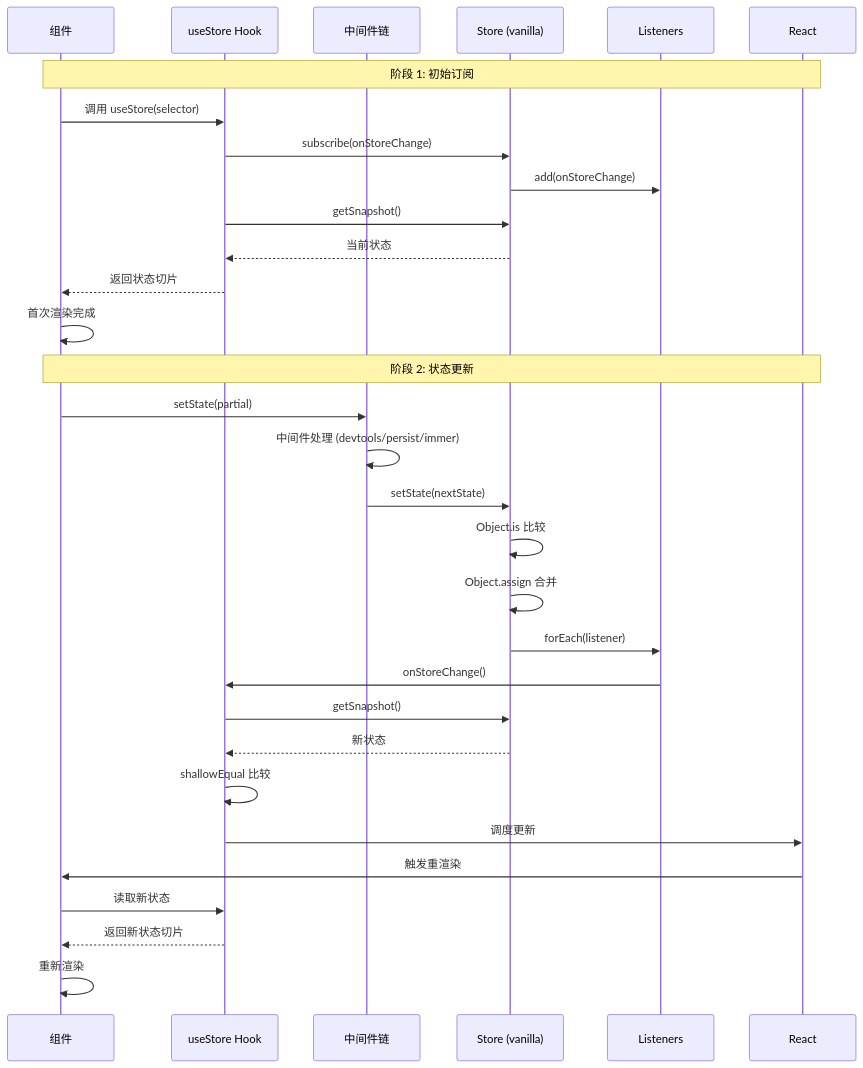
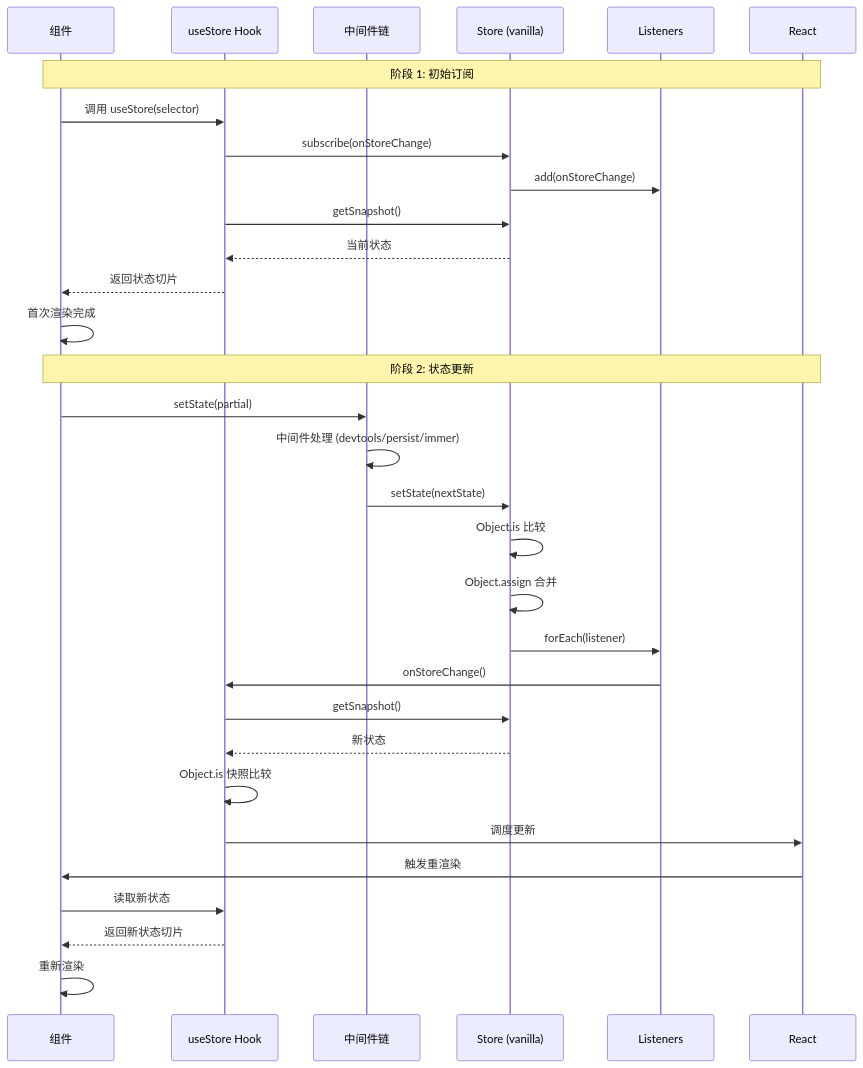
Before and after one commit to Cypher-hey/footprint: the second of 4 diagrams in docs/note/sourceLearn/zustandAnalysis/ch05-flow-analysis.md, drawn with Mermaid. The commit also changed other lines of this file and 44 other files, not shown here.

````diff
--- a/docs/note/sourceLearn/zustandAnalysis/ch05-flow-analysis.md
+++ b/docs/note/sourceLearn/zustandAnalysis/ch05-flow-analysis.md
@@ -72,33 +82,33 @@
 ```mermaid
 sequenceDiagram
     participant C as 组件
     participant H as useStore Hook
     participant M as 中间件链
     participant S as Store (vanilla)
     participant L as Listeners
     participant R as React
     Note over C,R: 阶段 1: 初始订阅
     C->>H: 调用 useStore(selector)
     H->>S: subscribe(onStoreChange)
     S->>L: add(onStoreChange)
     H->>S: getSnapshot()
     S-->>H: 当前状态
     H-->>C: 返回状态切片
     C->>C: 首次渲染完成
     Note over C,R: 阶段 2: 状态更新
     C->>M: setState(partial)
     M->>M: 中间件处理 (devtools/persist/immer)
     M->>S: setState(nextState)
     S->>S: Object.is 比较
     S->>S: Object.assign 合并
     S->>L: forEach(listener)
     L->>H: onStoreChange()
     H->>S: getSnapshot()
     S-->>H: 新状态
-    H->>H: shallowEqual 比较
+    H->>H: Object.is 快照比较
     H->>R: 调度更新
     R->>C: 触发重渲染
     C->>H: 读取新状态
     H-->>C: 返回新状态切片
     C->>C: 重新渲染
 ```
````
